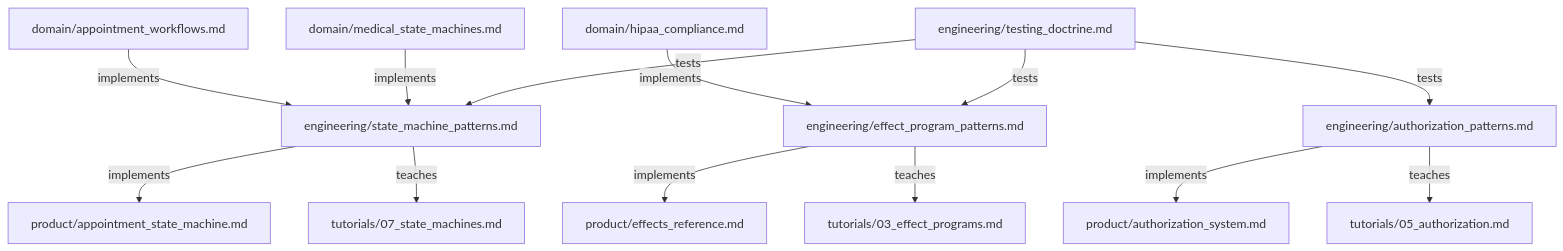
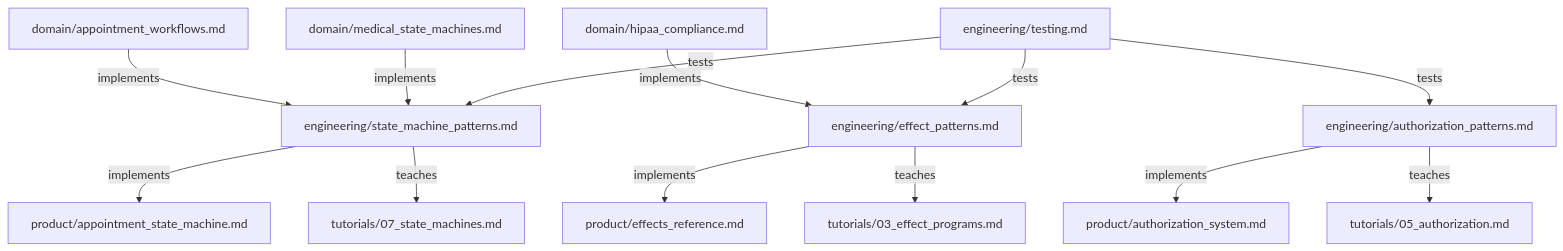
One commit to Tuee22/effectful changed the diagram in demo/healthhub/documents/engineering/README.md. Above: the diagram before and after it, drawn with Mermaid. The commit also changed other lines of this file and 80 other files, not shown here.

````diff
--- a/demo/healthhub/documents/engineering/README.md
+++ b/demo/healthhub/documents/engineering/README.md
@@ -262,35 +222,35 @@
 ```mermaid
 graph TB
     D1[domain/appointment_workflows.md]
     D2[domain/medical_state_machines.md]
     D3[domain/hipaa_compliance.md]
 
     BP1[engineering/authorization_patterns.md]
     BP2[engineering/state_machine_patterns.md]
-    BP3[engineering/effect_program_patterns.md]
-    BP4[engineering/testing_doctrine.md]
+    BP3[engineering/effect_patterns.md]
+    BP4[engineering/testing.md]
 
     P1[product/authorization_system.md]
     P2[product/appointment_state_machine.md]
     P3[product/effects_reference.md]
 
     T1[tutorials/05_authorization.md]
     T2[tutorials/07_state_machines.md]
     T3[tutorials/03_effect_programs.md]
 
     D1 -->|implements| BP2
     D2 -->|implements| BP2
     D3 -->|implements| BP3
 
     BP1 -->|implements| P1
     BP2 -->|implements| P2
     BP3 -->|implements| P3
 
     BP1 -->|teaches| T1
     BP2 -->|teaches| T2
     BP3 -->|teaches| T3
 
     BP4 -->|tests| BP1
     BP4 -->|tests| BP2
     BP4 -->|tests| BP3
 ```
````
